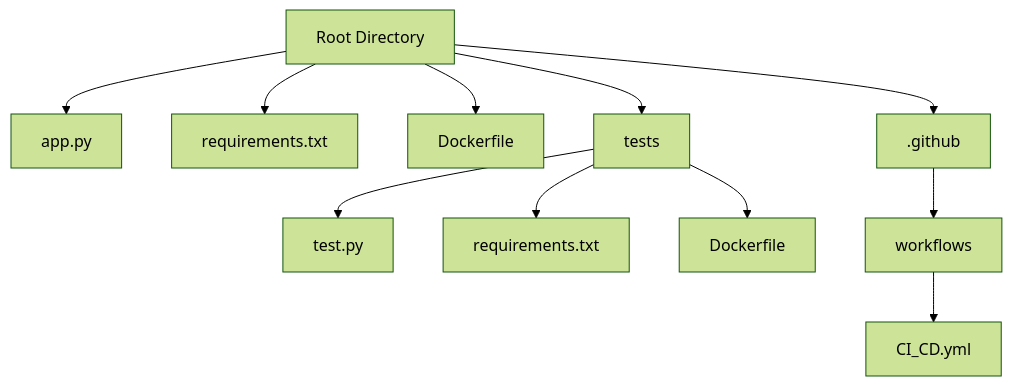
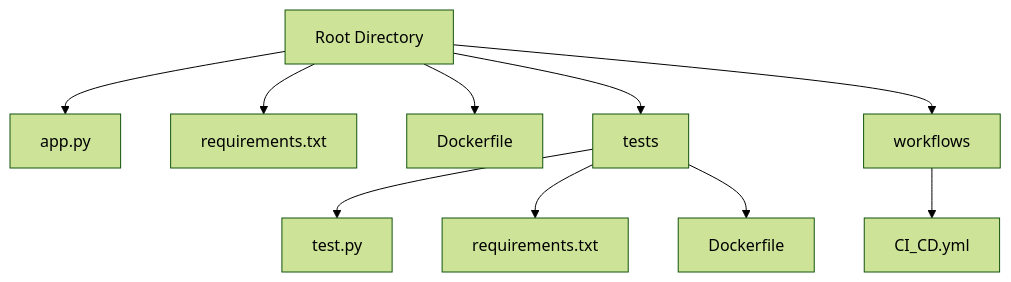
The first of 3 diagrams in README.md (serhiiyasenev/multibranch-pipeline-project), drawn with Mermaid (forest theme) before and after one commit.

````diff
--- a/README.md
+++ b/README.md
@@ -13,14 +13,13 @@
 ```mermaid
 graph TD
   A[Root Directory]
   A --> B[app.py]
   A --> C[requirements.txt]
   A --> D[Dockerfile]
   A --> K[tests]
-  A --> L[.github]
+  A --> L[workflows]
   K --> K1[test.py]
   K --> K2[requirements.txt]
   K --> K3[Dockerfile]
-  L --> L1[workflows]
-  L1 --> L2[CI_CD.yml]
+  L --> L1[CI_CD.yml]
 ```
````
